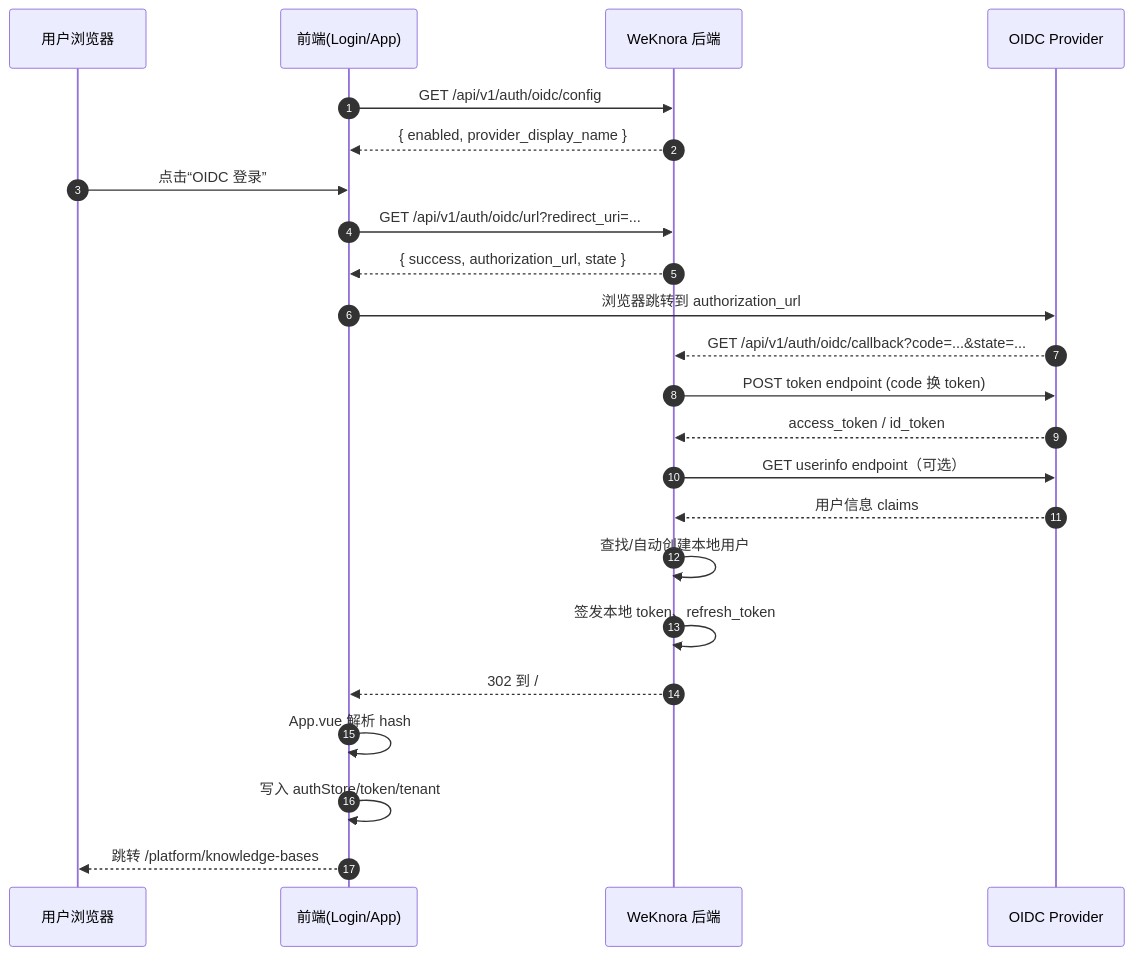
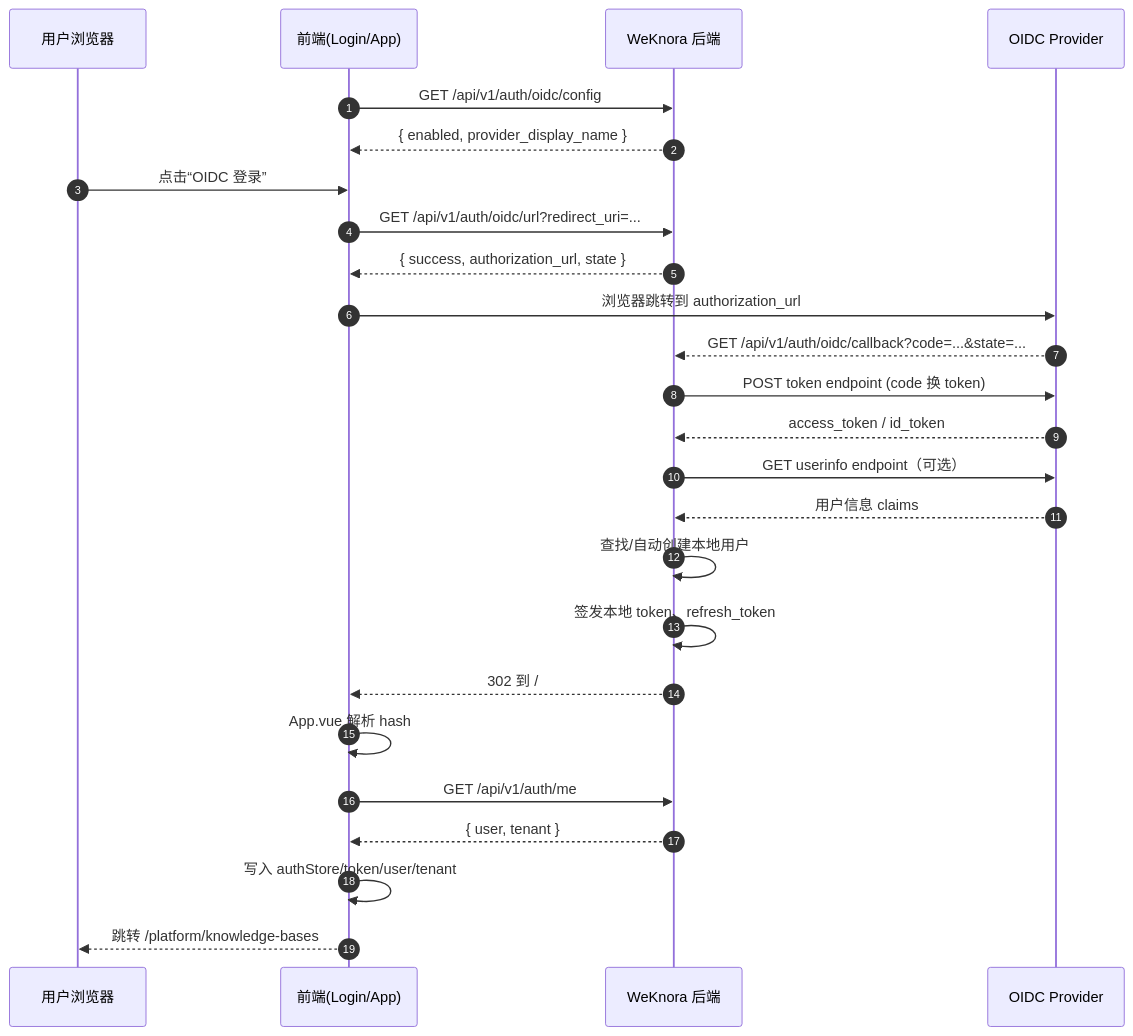
One commit to agentone666-ship-it/WeKnora-custom changed the first of 2 diagrams in docs/OIDC认证调用流程.md. Above: the diagram before and after it, drawn with Mermaid. The commit also changed other lines of this file and 2 other files, not shown here.

````diff
--- a/docs/OIDC认证调用流程.md
+++ b/docs/OIDC认证调用流程.md
@@ -69,30 +69,32 @@
 ```mermaid
 sequenceDiagram
     autonumber
     participant U as 用户浏览器
     participant FE as 前端(Login/App)
     participant BE as WeKnora 后端
     participant OP as OIDC Provider
 
     FE->>BE: GET /api/v1/auth/oidc/config
     BE-->>FE: { enabled, provider_display_name }
 
     U->>FE: 点击“OIDC 登录”
     FE->>BE: GET /api/v1/auth/oidc/url?redirect_uri=...
     BE-->>FE: { success, authorization_url, state }
     FE->>OP: 浏览器跳转到 authorization_url
 
     OP-->>BE: GET /api/v1/auth/oidc/callback?code=...&state=...
     BE->>OP: POST token endpoint (code 换 token)
     OP-->>BE: access_token / id_token
     BE->>OP: GET userinfo endpoint（可选）
     OP-->>BE: 用户信息 claims
 
     BE->>BE: 查找/自动创建本地用户
     BE->>BE: 签发本地 token、refresh_token
     BE-->>FE: 302 到 /#oidc_result=...
 
     FE->>FE: App.vue 解析 hash
-    FE->>FE: 写入 authStore/token/tenant
+    FE->>BE: GET /api/v1/auth/me
+    BE-->>FE: { user, tenant }
+    FE->>FE: 写入 authStore/token/user/tenant
     FE-->>U: 跳转 /platform/knowledge-bases
 ```
````
